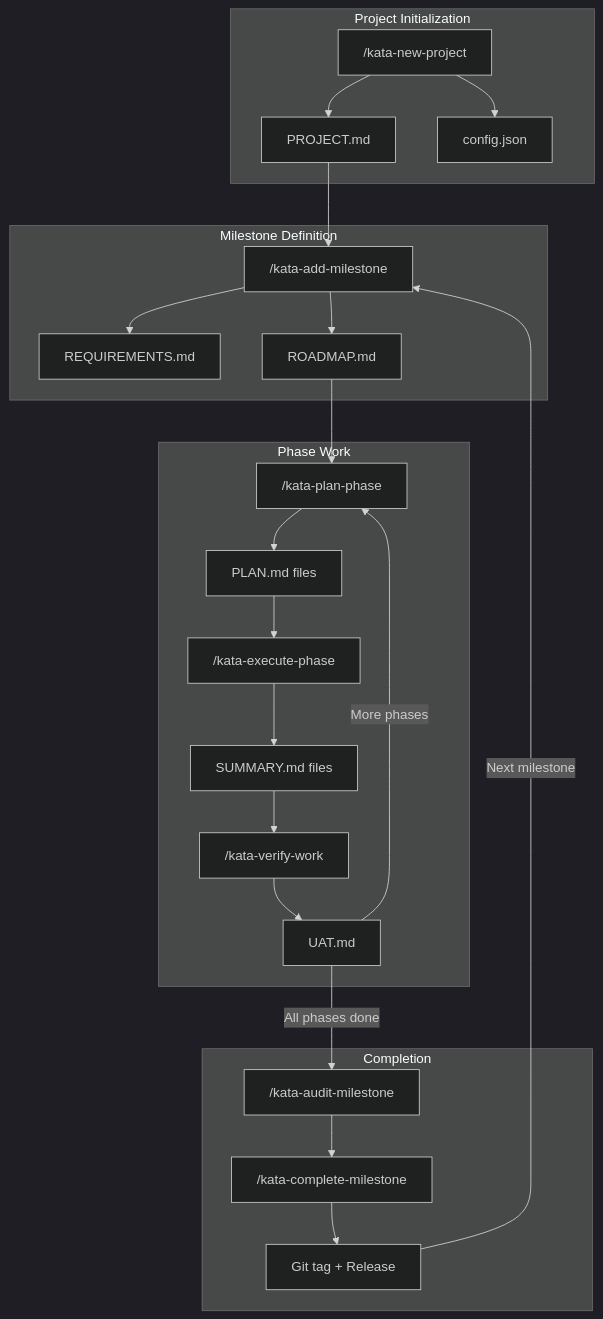
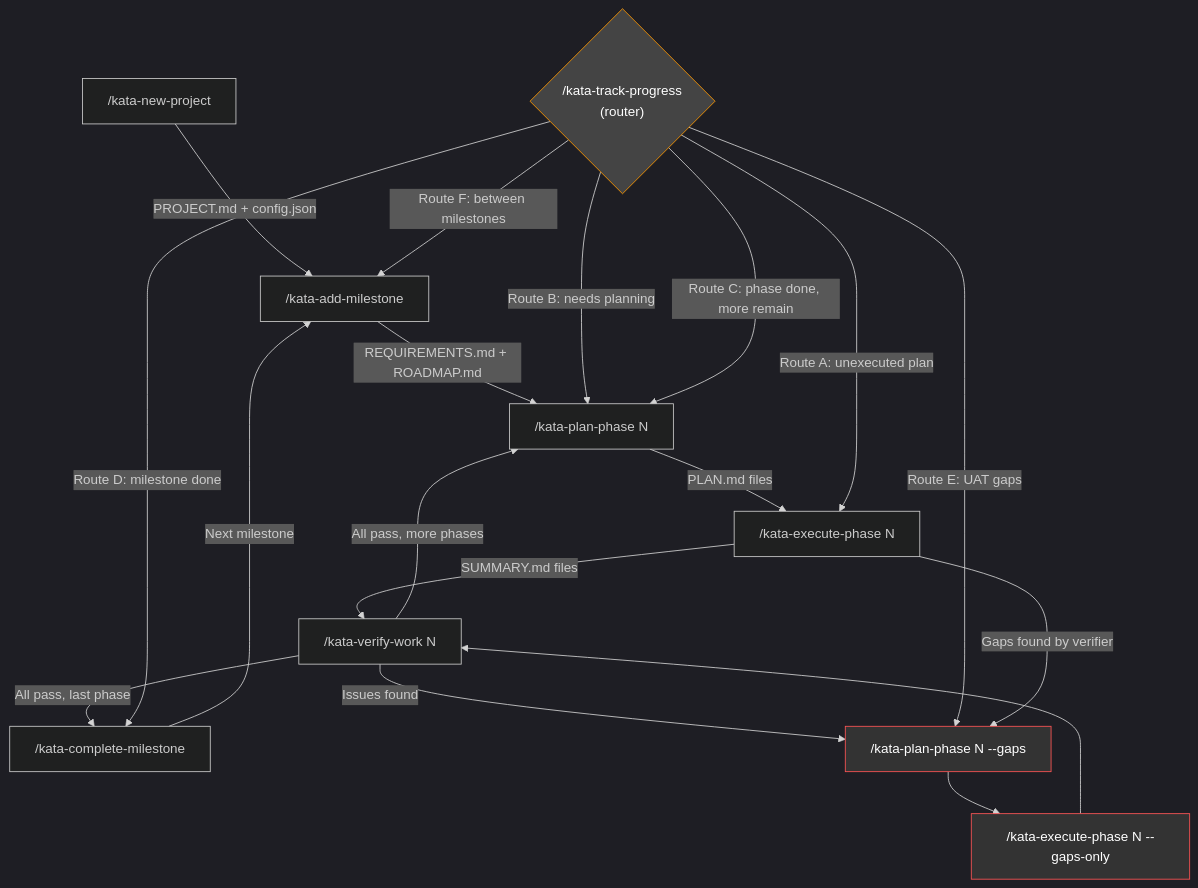
One commit to gannonh/kata changed the first of 8 diagrams in .docs/diagrams/FLOWS.md. Above: the diagram before and after it, drawn with Mermaid. The commit also changed other lines of this file and 2 other files, not shown here.

````diff
--- a/.docs/diagrams/FLOWS.md
+++ b/.docs/diagrams/FLOWS.md
@@ -46,47 +9,39 @@
 ```mermaid
 %%{init: {'theme': 'dark'}}%%
 flowchart TD
-    subgraph Init["Project Initialization"]
-        NP["/kata-new-project"]
-        PROJ["PROJECT.md"]
-        CFG["config.json"]
-    end
+    NP["/kata-new-project"]
+    AM["/kata-add-milestone"]
+    PP["/kata-plan-phase N"]
+    EP["/kata-execute-phase N"]
+    VW["/kata-verify-work N"]
+    CM["/kata-complete-milestone"]
+    TP{"/kata-track-progress<br/>(router)"}
 
-    subgraph Milestone["Milestone Definition"]
-        AMI["/kata-add-milestone"]
-        REQ["REQUIREMENTS.md"]
-        ROAD["ROADMAP.md"]
-    end
+    NP -->|"PROJECT.md + config.json"| AM
+    AM -->|"REQUIREMENTS.md + ROADMAP.md"| PP
+    PP -->|"PLAN.md files"| EP
+    EP -->|"SUMMARY.md files"| VW
+    VW -->|"All pass, more phases"| PP
+    VW -->|"All pass, last phase"| CM
+    CM -->|"Next milestone"| AM
 
-    subgraph Phase["Phase Work"]
-        PLN["/kata-plan-phase"]
-        PLAN["PLAN.md files"]
-        EXE["/kata-execute-phase"]
-        SUM["SUMMARY.md files"]
-        VER["/kata-verify-work"]
-        UAT["UAT.md"]
-    end
+    %% Gap closure loop
+    VW -->|"Issues found"| GPP["/kata-plan-phase N --gaps"]
+    GPP --> GEP["/kata-execute-phase N --gaps-only"]
+    GEP --> VW
 
-    subgraph Complete["Completion"]
-        AUD["/kata-audit-milestone"]
-        CMP["/kata-complete-milestone"]
-        TAG["Git tag + Release"]
-    end
+    %% Track-progress routes
+    TP -->|"Route A: unexecuted plan"| EP
+    TP -->|"Route B: needs planning"| PP
+    TP -->|"Route C: phase done, more remain"| PP
+    TP -->|"Route D: milestone done"| CM
+    TP -->|"Route E: UAT gaps"| GPP
+    TP -->|"Route F: between milestones"| AM
 
-    NP --> PROJ
-    NP --> CFG
-    PROJ --> AMI
-    AMI --> REQ
-    AMI --> ROAD
-    ROAD --> PLN
-    PLN --> PLAN
-    PLAN --> EXE
-    EXE --> SUM
-    SUM --> VER
-    VER --> UAT
-    UAT -->|"All phases done"| AUD
-    UAT -->|"More phases"| PLN
-    AUD --> CMP
-    CMP --> TAG
-    TAG -->|"Next milestone"| AMI
+    %% Verification failure within execute
+    EP -->|"Gaps found by verifier"| GPP
+
+    style TP fill:#444,stroke:#f90,color:#fff
+    style GPP fill:#333,stroke:#f55,color:#fff
+    style GEP fill:#333,stroke:#f55,color:#fff
 ```
````
